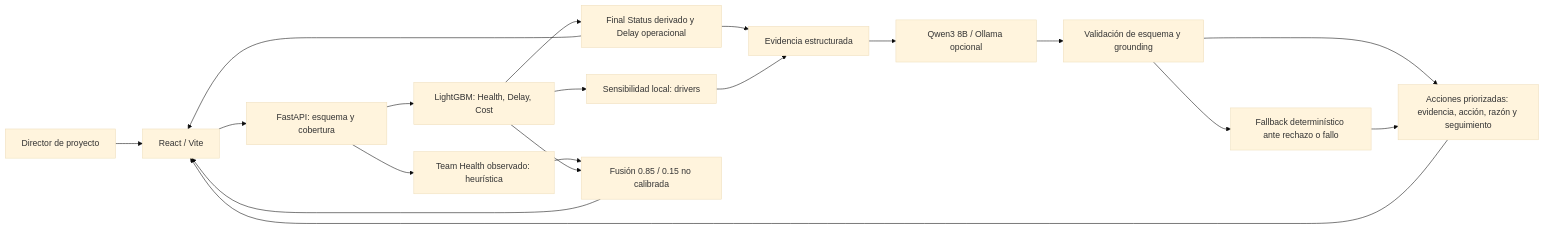
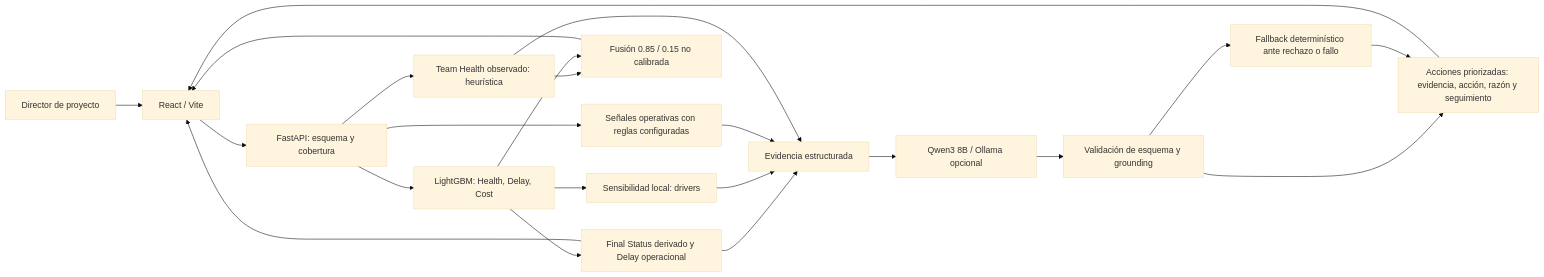
The first of 3 diagrams in docs/architecture.md (heiandavi-boop/tallerfina3), drawn with Mermaid (base theme) before and after one commit. The commit also changed other lines of this file and 103 other files, not shown here.

````diff
--- a/docs/architecture.md
+++ b/docs/architecture.md
@@ -7,21 +7,24 @@
 ```mermaid
 flowchart LR
   U[Director de proyecto] --> R[React / Vite]
   R --> A[FastAPI: esquema y cobertura]
   A --> L[LightGBM: Health, Delay, Cost]
   L --> O[Final Status derivado y Delay operacional]
   A --> T[Team Health observado: heurística]
   L --> D[Sensibilidad local: drivers]
   T --> F[Fusión 0.85 / 0.15 no calibrada]
   L --> F
   O --> E[Evidencia estructurada]
   D --> E
+  A --> S[Señales operativas con reglas configuradas]
+  S --> E
+  T --> E
   E --> Q[Qwen3 8B / Ollama opcional]
   Q --> V[Validación de esquema y grounding]
   V --> X[Acciones priorizadas: evidencia, acción, razón y seguimiento]
   V --> B[Fallback determinístico ante rechazo o fallo]
   B --> X
   O --> R
   F --> R
   X --> R
 ```
````
